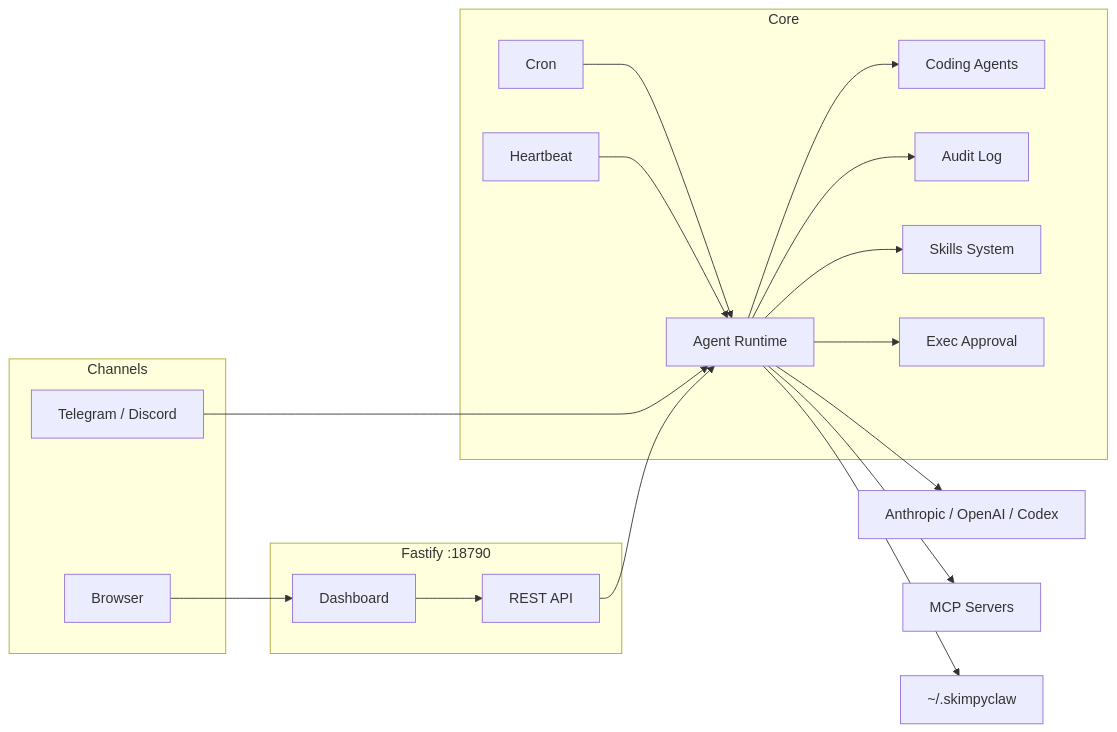
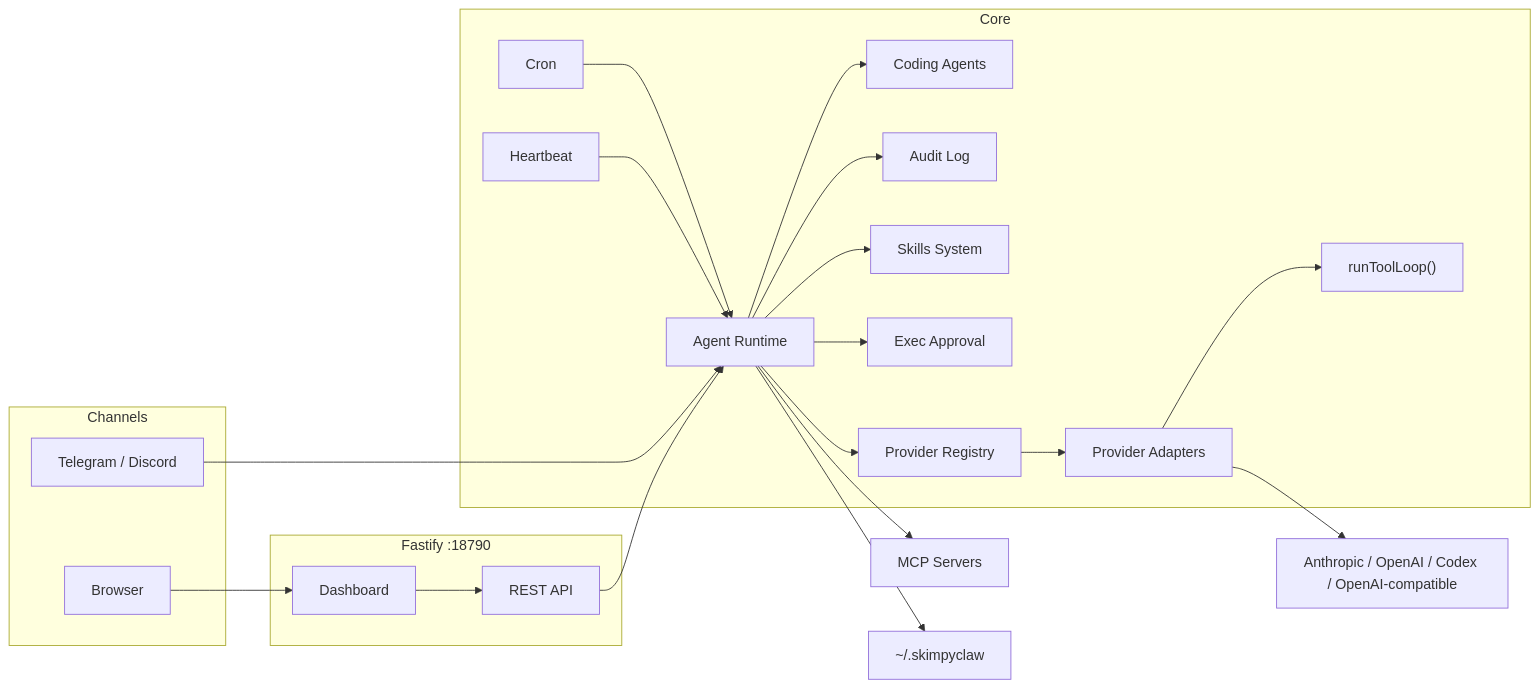
Before and after one commit to kat3samsin/skimpyclaw: the diagram in README.md, drawn with Mermaid. The commit also changed other lines of this file and 7 other files, not shown here.

Commit message:
docs: update architecture for unified tool loop and provider registry

````diff
--- a/README.md
+++ b/README.md
@@ -38,34 +45,39 @@
 ```mermaid
 flowchart LR
   subgraph Channels
     user["Telegram / Discord"]
     browser["Browser"]
   end
 
   subgraph Gateway["Fastify :18790"]
     dash["Dashboard"]
     api["REST API"]
   end
 
   subgraph Core
     agent["Agent Runtime"]
+    registry["Provider Registry"]
+    adapters["Provider Adapters"]
+    loop["runToolLoop()"]
     codeAgents["Coding Agents"]
     cron["Cron"]
     hb["Heartbeat"]
     audit["Audit Log"]
     skills["Skills System"]
     approvals["Exec Approval"]
   end
 
   user --> agent
   browser --> dash --> api --> agent
   cron --> agent
   hb --> agent
   agent --> codeAgents
   agent --> audit
   agent --> skills
   agent --> approvals
-  agent --> models["Anthropic / OpenAI / Codex"]
+  agent --> registry --> adapters
+  adapters --> loop
+  adapters --> models["Anthropic / OpenAI / Codex / OpenAI-compatible"]
   agent --> mcp["MCP Servers"]
   agent --> fs["~/.skimpyclaw"]
 ```
````
